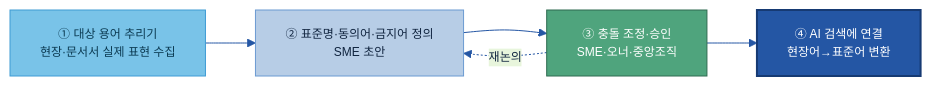
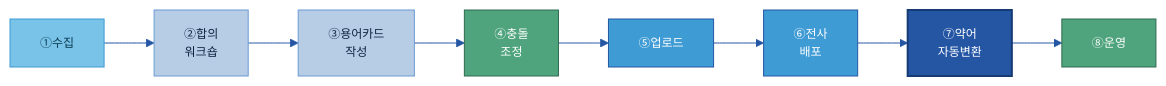
The second of 4 diagrams in 가이드 작성/A-3 비즈니스 Glossary/A-3 비즈니스 Glossary.md (jin-kearney/ai-ready-data-manual), drawn with Mermaid before and after one commit. The commit also changed other lines of this file and 1 other file, not shown here.

````diff
--- a/가이드 작성/A-3 비즈니스 Glossary/A-3 비즈니스 Glossary.md
+++ b/가이드 작성/A-3 비즈니스 Glossary/A-3 비즈니스 Glossary.md
@@ -250,14 +252,10 @@
 ```mermaid
 %%{init: {'theme':'base','themeVariables':{'primaryColor':'#DCE8F5','primaryBorderColor':'#2456A4','primaryTextColor':'#10243f','lineColor':'#2456A4','clusterBkg':'#EEF4FB','clusterBorder':'#6B9AD1','fontSize':'12px'}}}%%
 flowchart LR
-    C["① 대상 용어 추리기<br/>현장·문서서 실제 표현 수집"]:::src
-    D["② 표준명·동의어·금지어 정의<br/>SME 초안"]:::n
-    E["③ 충돌 조정·승인<br/>SME·오너·중앙조직"]:::loop
-    F["④ AI 검색에 연결<br/>현장어→표준어 변환"]:::cat
-    C --> D --> E --> F
-    E -.재논의.-> D
+    S1["①수집"]:::src --> S2["②합의<br/>워크숍"]:::n --> S3["③용어카드<br/>작성"]:::n --> S4["④충돌<br/>조정"]:::loop --> S5["⑤업로드"]:::gate --> S6["⑥전사<br/>배포"]:::gate --> S7["⑦약어<br/>자동변환"]:::cat --> S8["⑧운영"]:::loop
     classDef n fill:#B7CDE6,stroke:#6B9AD1,color:#10243f;
     classDef src fill:#79C3E8,stroke:#3F9BD4,color:#0b3a52;
     classDef cat fill:#2456A4,color:#fff,stroke:#163a73,stroke-width:2px;
+    classDef gate fill:#3F9BD4,stroke:#2456A4,color:#fff;
     classDef loop fill:#4FA47D,stroke:#2f6b50,color:#fff;
 ```
````
